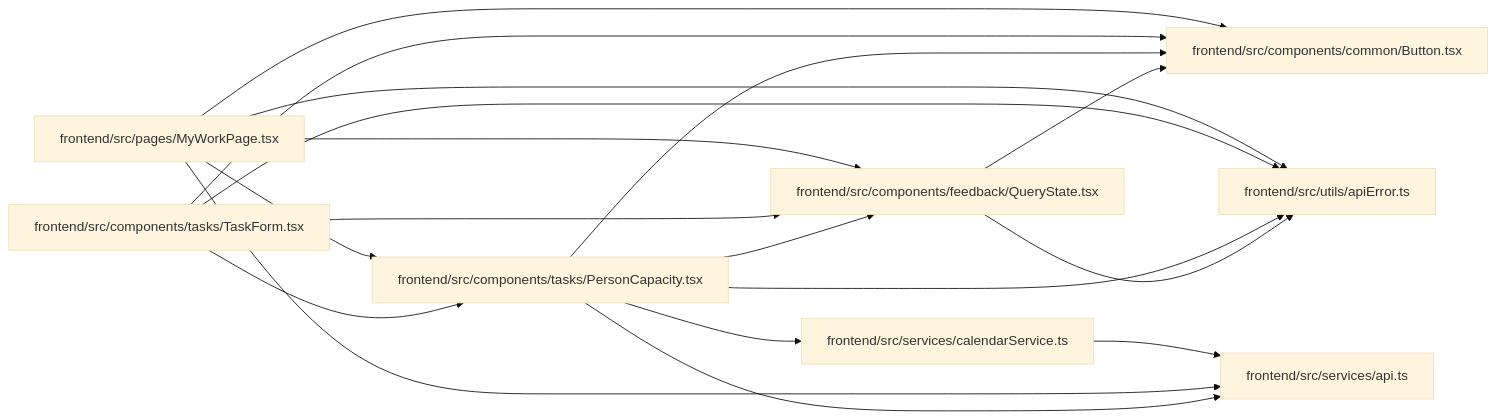
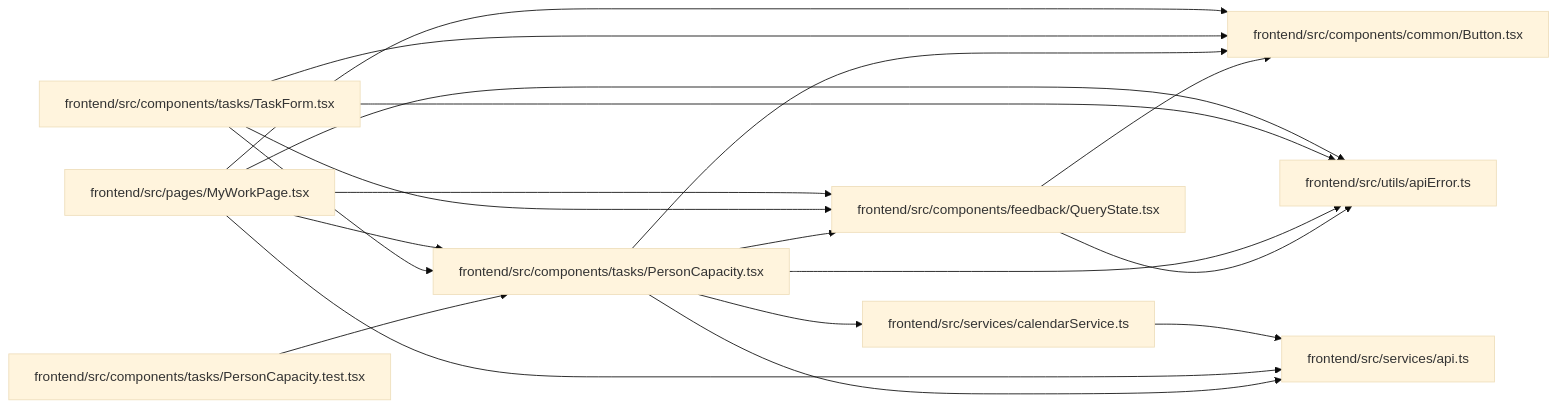
One commit to Denissvgn/WorkChord changed the diagram in docs/llm_wiki/modules/PersonCapacity.md. Above: the diagram before and after it, drawn with Mermaid (base theme). The commit also changed other lines of this file and 10148 other files, not shown here.

````diff
--- a/docs/llm_wiki/modules/PersonCapacity.md
+++ b/docs/llm_wiki/modules/PersonCapacity.md
@@ -31,36 +33,39 @@
 ```mermaid
 flowchart LR
     n0["frontend/src/components/common/Button.tsx"]
     n1["frontend/src/components/feedback/QueryState.tsx"]
-    n2["frontend/src/components/tasks/PersonCapacity.tsx"]
-    n3["frontend/src/components/tasks/TaskForm.tsx"]
-    n4["frontend/src/pages/MyWorkPage.tsx"]
-    n5["frontend/src/services/api.ts"]
-    n6["frontend/src/services/calendarService.ts"]
-    n7["frontend/src/utils/apiError.ts"]
+    n2["frontend/src/components/tasks/PersonCapacity.test.tsx"]
+    n3["frontend/src/components/tasks/PersonCapacity.tsx"]
+    n4["frontend/src/components/tasks/TaskForm.tsx"]
+    n5["frontend/src/pages/MyWorkPage.tsx"]
+    n6["frontend/src/services/api.ts"]
+    n7["frontend/src/services/calendarService.ts"]
+    n8["frontend/src/utils/apiError.ts"]
     n1 --> n0
-    n1 --> n7
-    n2 --> n0
-    n2 --> n1
-    n2 --> n5
-    n2 --> n6
-    n2 --> n7
+    n1 --> n8
+    n2 --> n3
     n3 --> n0
     n3 --> n1
-    n3 --> n2
+    n3 --> n6
     n3 --> n7
+    n3 --> n8
     n4 --> n0
     n4 --> n1
-    n4 --> n2
-    n4 --> n5
-    n4 --> n7
-    n6 --> n5
+    n4 --> n3
+    n4 --> n8
+    n5 --> n0
+    n5 --> n1
+    n5 --> n3
+    n5 --> n6
+    n5 --> n8
+    n7 --> n6
     click n0 "../modules/Button.md"
     click n1 "../modules/QueryState.md"
-    click n2 "../modules/PersonCapacity.md"
-    click n3 "../modules/TaskForm.md"
-    click n4 "../modules/MyWorkPage.md"
-    click n5 "../modules/api.md"
-    click n6 "../modules/calendarService.md"
-    click n7 "../modules/apiError.md"
+    click n2 "../modules/PersonCapacity.test.md"
+    click n3 "../modules/PersonCapacity.md"
+    click n4 "../modules/TaskForm.md"
+    click n5 "../modules/MyWorkPage.md"
+    click n6 "../modules/api.md"
+    click n7 "../modules/calendarService.md"
+    click n8 "../modules/apiError.md"
 ```
````
